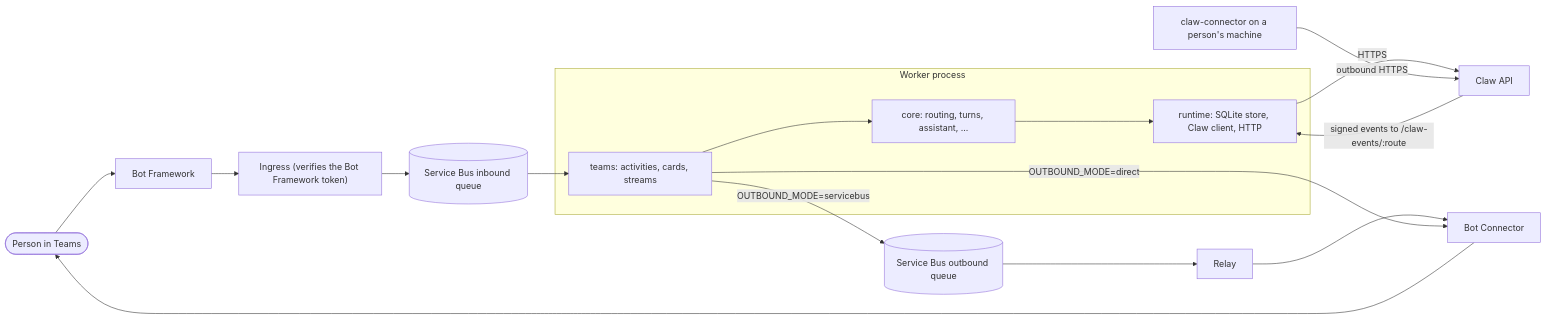
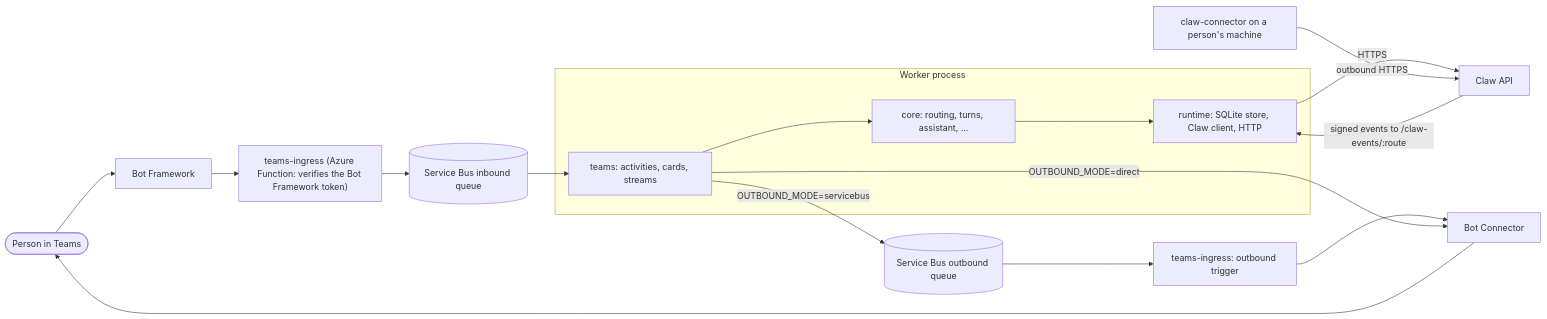
The diagram in personal-agent/README.md (AMD-AGI/PrimusClaw), drawn with Mermaid before and after one commit. The commit also changed other lines of this file and 64 other files, not shown here.

````diff
--- a/personal-agent/README.md
+++ b/personal-agent/README.md
@@ -57,18 +61,18 @@
 ```mermaid
 flowchart LR
   user([Person in Teams]) --> bf[Bot Framework]
-  bf --> ingress["Ingress (verifies the Bot Framework token)"]
+  bf --> ingress["teams-ingress (Azure Function: verifies the Bot Framework token)"]
   ingress --> inq[("Service Bus inbound queue")]
   inq --> teams
   subgraph worker [Worker process]
     teams["teams: activities, cards, streams"] --> core["core: routing, turns, assistant, ..."]
     core --> runtime["runtime: SQLite store, Claw client, HTTP"]
   end
   runtime -->|HTTPS| claw[Claw API]
   claw -->|"signed events to /claw-events/:route"| runtime
   teams -->|"OUTBOUND_MODE=servicebus"| outq[("Service Bus outbound queue")]
-  outq --> relay[Relay] --> bc[Bot Connector]
+  outq --> relay["teams-ingress: outbound trigger"] --> bc[Bot Connector]
   teams -->|"OUTBOUND_MODE=direct"| bc
   bc --> user
   connector["claw-connector on a person's machine"] -->|outbound HTTPS| claw
 ```
````
